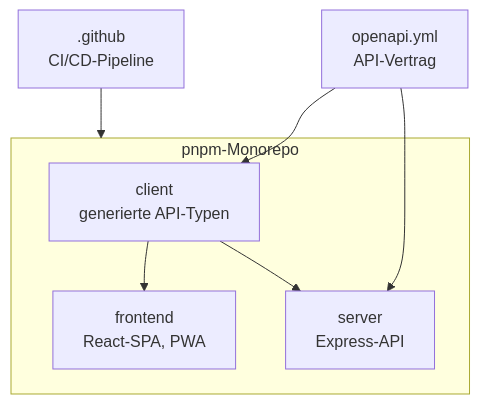
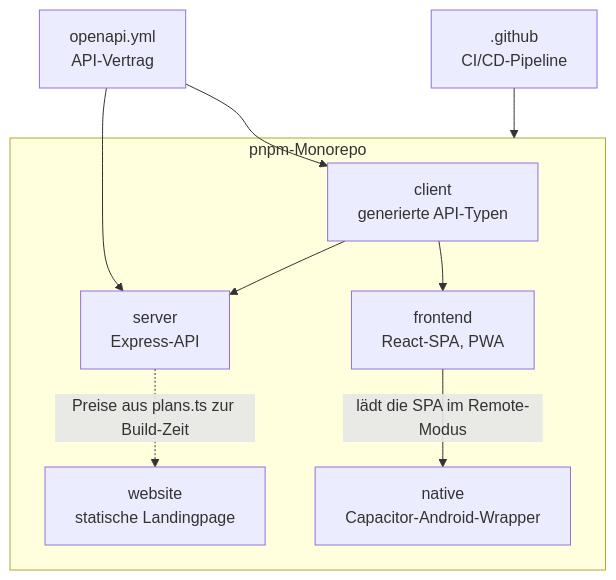
The second of 5 diagrams in docs/arc42.md (deleonio/priority-pilot), drawn with Mermaid before and after one commit. The commit also changed other lines of this file, not shown here.

````diff
--- a/docs/arc42.md
+++ b/docs/arc42.md
@@ -142,15 +157,19 @@
 ```mermaid
 graph TB
     subgraph Repo["pnpm-Monorepo"]
         client[client<br/>generierte API-Typen]
         frontend[frontend<br/>React-SPA, PWA]
         server[server<br/>Express-API]
+        website[website<br/>statische Landingpage]
+        native[native<br/>Capacitor-Android-Wrapper]
     end
     openapi[openapi.yml<br/>API-Vertrag]
     ci[.github<br/>CI/CD-Pipeline]
     openapi --> client
     openapi --> server
     client --> frontend
     client --> server
+    server -.->|Preise aus plans.ts zur Build-Zeit| website
+    frontend -->|lädt die SPA im Remote-Modus| native
     ci --> Repo
 ```
````
